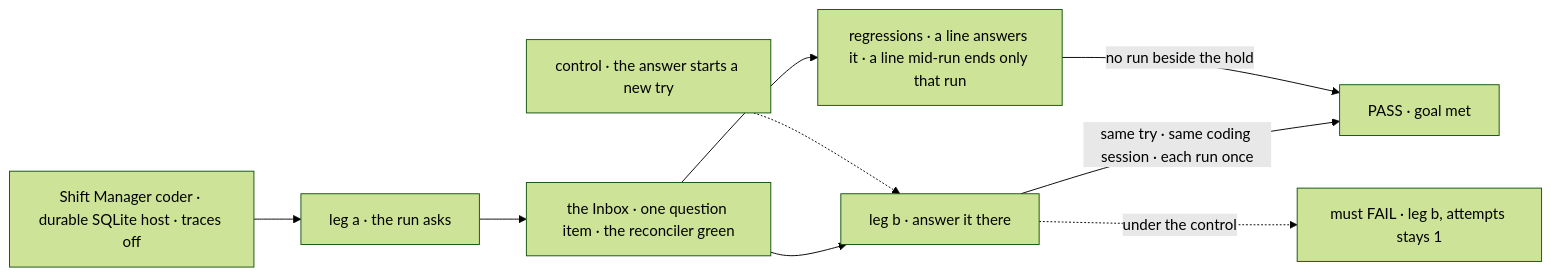
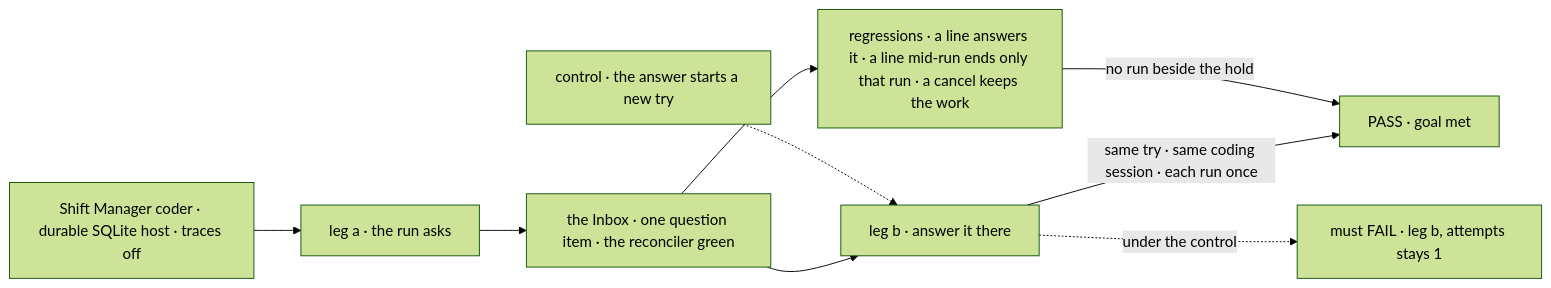
One commit to fixpoint-labs/flow-state-dev changed the first of 2 diagrams in specs/issues/FIX-2132/SPEC.md. Above: the diagram before and after it, drawn with Mermaid (forest theme). The commit also changed other lines of this file and 1 other file, not shown here.

First line of the commit message:
spec(FIX-2132): a cancel keeps the coding run's work, as a regression

````diff
--- a/specs/issues/FIX-2132/SPEC.md
+++ b/specs/issues/FIX-2132/SPEC.md
@@ -30,11 +30,11 @@
 ```mermaid
 flowchart LR
   H["Shift Manager coder · durable SQLite host · traces off"] --> A["leg a · the run asks"]
   A --> I["the Inbox · one question item · the reconciler green"]
   I --> B["leg b · answer it there"]
-  I --> R["regressions · a line answers it · a line mid-run ends only that run"]
+  I --> R["regressions · a line answers it · a line mid-run ends only that run · a cancel keeps the work"]
   B -->|"same try · same coding session · each run once"| P["PASS · goal met"]
   R -->|"no run beside the hold"| P
   K["control · the answer starts a new try"] -.-> B
   B -.->|"under the control"| F["must FAIL · leg b, attempts stays 1"]
 ```
````
